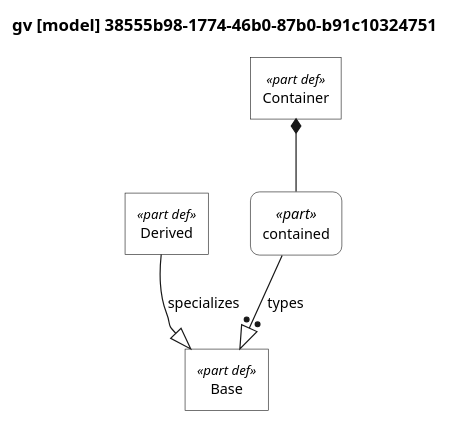
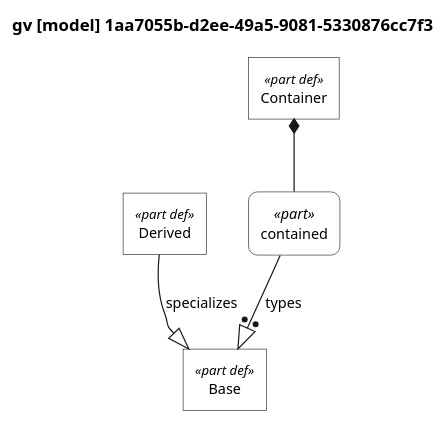
The diagram in docs/plantuml-examples/02-relationships.puml (mycr0ft/sysml2py), drawn with PlantUML before and after one commit. The commit also changed 27 other files, not shown here.

```diff
--- a/docs/plantuml-examples/02-relationships.puml
+++ b/docs/plantuml-examples/02-relationships.puml
@@ -1,116 +1,116 @@
 @startuml
 
 skinparam monochrome true
 skinparam wrapWidth 300
 skinparam defaultFontSize 12
 skinparam defaultFontName Helvetica
 
 ' Definitions: sharp corners, plain background
 skinparam rectangle<<part def>> {
     RoundCorner 0
     BackgroundColor white
     StereotypeFontSize 11
 }
 skinparam rectangle<<item def>> {
     RoundCorner 0
     BackgroundColor white
 }
 skinparam rectangle<<attribute def>> {
     RoundCorner 0
     BackgroundColor white
 }
 skinparam rectangle<<port def>> {
     RoundCorner 0
     BackgroundColor white
 }
 skinparam rectangle<<action def>> {
     RoundCorner 0
     BackgroundColor white
 }
 skinparam rectangle<<state def>> {
     RoundCorner 0
     BackgroundColor white
 }
 skinparam rectangle<<requirement def>> {
     RoundCorner 0
     BackgroundColor white
 }
 skinparam rectangle<<view def>> {
     RoundCorner 0
     BackgroundColor white
 }
 skinparam rectangle<<viewpoint def>> {
     RoundCorner 0
     BackgroundColor white
 }
 skinparam rectangle<<enumeration def>> {
     RoundCorner 0
     BackgroundColor white
 }
 
 ' Usages: rounded corners, plain background
 skinparam rectangle<<part>> {
     RoundCorner 15
     BackgroundColor white
 }
 skinparam rectangle<<item>> {
     RoundCorner 15
     BackgroundColor white
 }
 skinparam rectangle<<attribute>> {
     RoundCorner 15
     BackgroundColor white
 }
 skinparam rectangle<<port>> {
     RoundCorner 15
     BackgroundColor white
 }
 skinparam rectangle<<action>> {
     RoundCorner 15
     BackgroundColor white
 }
 skinparam rectangle<<state>> {
     RoundCorner 15
     BackgroundColor white
 }
 skinparam rectangle<<requirement>> {
     RoundCorner 15
     BackgroundColor white
 }
 skinparam rectangle<<view>> {
     RoundCorner 15
     BackgroundColor white
 }
 skinparam rectangle<<viewpoint>> {
     RoundCorner 15
     BackgroundColor white
 }
 skinparam rectangle<<enumeration>> {
     RoundCorner 15
     BackgroundColor white
 }
 
 ' Views as folders
 skinparam folder<<view def>> {
     BackgroundColor white
 }
 skinparam folder<<view>> {
     BackgroundColor white
 }
 
 top to bottom direction
 
-title gv [model] 38555b98-1774-46b0-87b0-b91c10324751
+title gv [model] 1aa7055b-d2ee-49a5-9081-5330876cc7f3
 
 hide circle
 
 rectangle "Base" as E1 <<part def>>
 rectangle "Derived" as E2 <<part def>>
 rectangle "Container" as E3 <<part def>>
 rectangle "contained" as E4 <<part>>
 
 E2 --|> E1 : specializes
 E3 *-- E4
 E4 --:|> E1 : types
 
 @enduml
```
